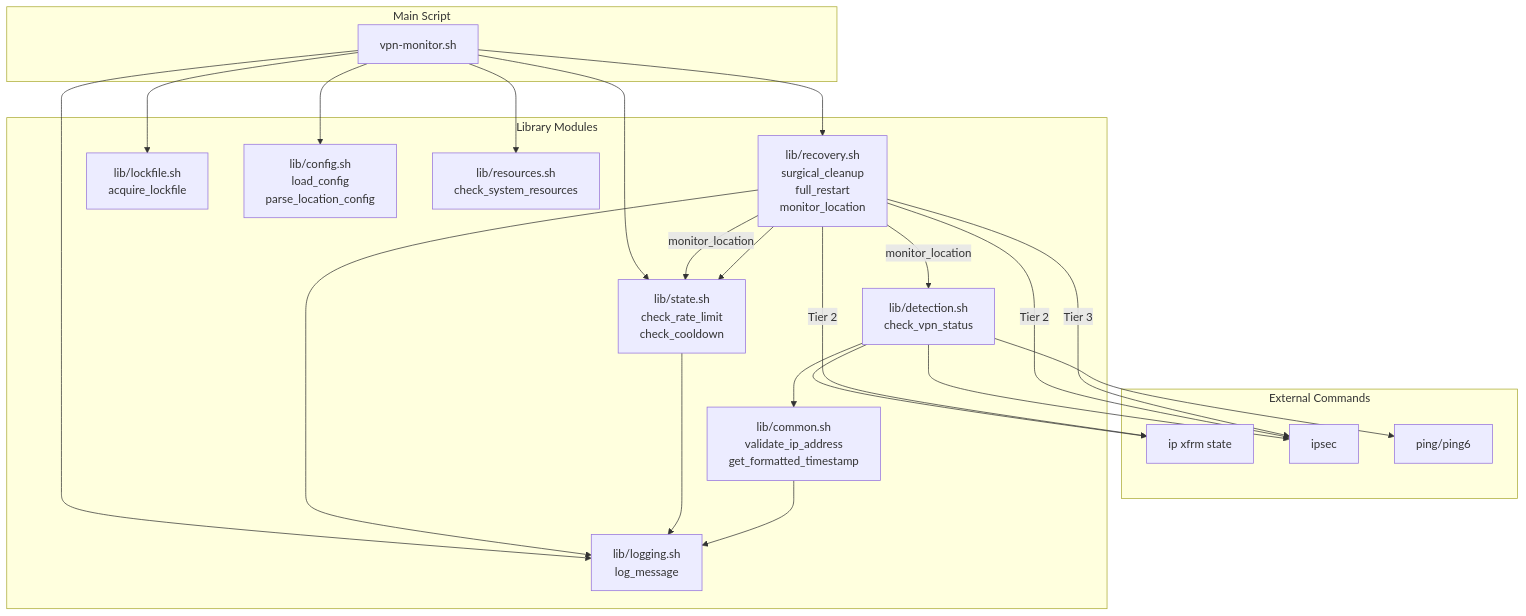
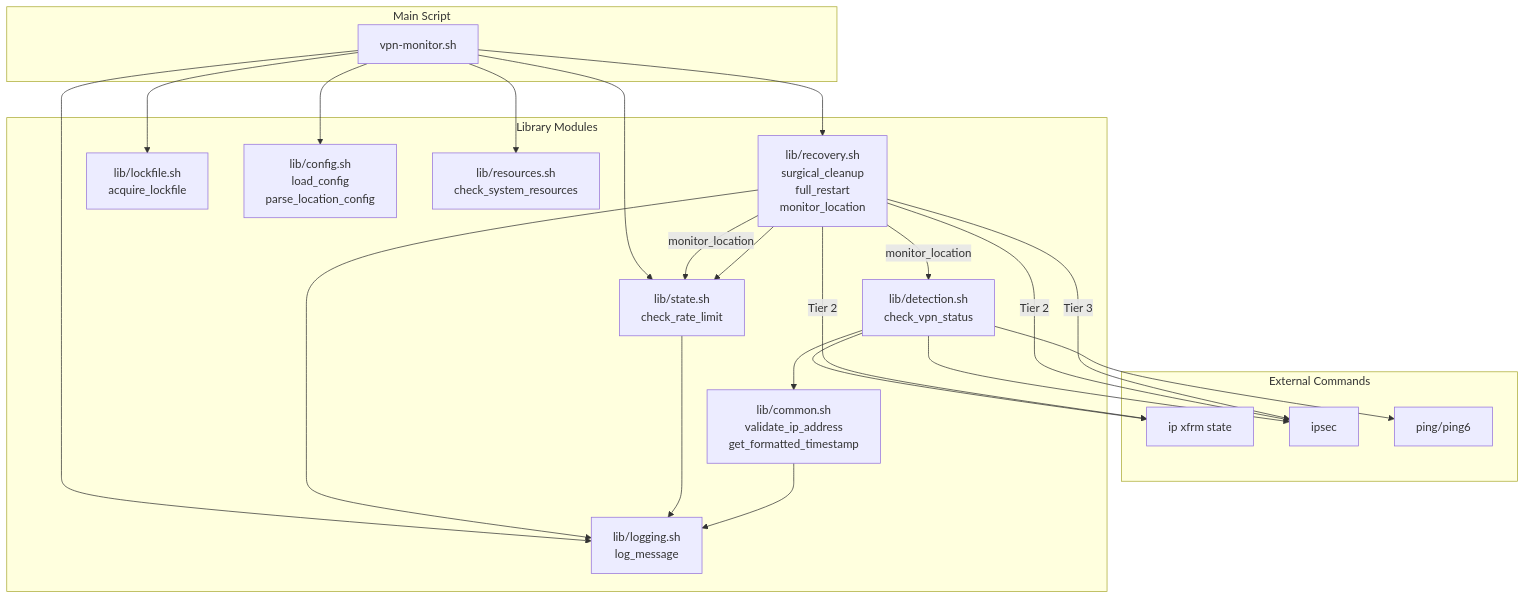
The sixth of 6 diagrams in docs/ARCHITECTURE.md (Eccentric-Quality-Solutions/udm-vpn-monitor), drawn with Mermaid before and after one commit. The commit also changed other lines of this file and 65 other files, not shown here.

````diff
--- a/docs/ARCHITECTURE.md
+++ b/docs/ARCHITECTURE.md
@@ -1031,47 +1096,47 @@
 ```mermaid
 graph TB
     subgraph "External Commands"
         IP[ip xfrm state]
         Ipsec[ipsec]
         PingCmd[ping/ping6]
     end
 
     subgraph "Main Script"
         MainScript[vpn-monitor.sh]
     end
 
     subgraph "Library Modules"
         DetectionLib[lib/detection.sh<br/>check_vpn_status]
         RecoveryLib[lib/recovery.sh<br/>surgical_cleanup<br/>full_restart<br/>monitor_location]
-        StateLib[lib/state.sh<br/>check_rate_limit<br/>check_cooldown]
+        StateLib[lib/state.sh<br/>check_rate_limit]
         LockfileLib[lib/lockfile.sh<br/>acquire_lockfile]
         ConfigLib[lib/config.sh<br/>load_config<br/>parse_location_config]
         LoggingLib[lib/logging.sh<br/>log_message]
         ResourcesLib[lib/resources.sh<br/>check_system_resources]
         CommonLib[lib/common.sh<br/>validate_ip_address<br/>get_formatted_timestamp]
     end
 
     MainScript --> LockfileLib
     MainScript --> ConfigLib
     MainScript --> StateLib
     MainScript --> LoggingLib
     MainScript --> ResourcesLib
     MainScript --> RecoveryLib
 
     RecoveryLib -->|monitor_location| DetectionLib
     RecoveryLib -->|monitor_location| StateLib
 
     DetectionLib --> IP
     DetectionLib --> Ipsec
     DetectionLib --> PingCmd
     DetectionLib --> CommonLib
 
     RecoveryLib -->|Tier 2| IP
     RecoveryLib -->|Tier 2| Ipsec
     RecoveryLib -->|Tier 3| Ipsec
     RecoveryLib --> StateLib
     RecoveryLib --> LoggingLib
 
     StateLib --> LoggingLib
     CommonLib --> LoggingLib
 ```
````
